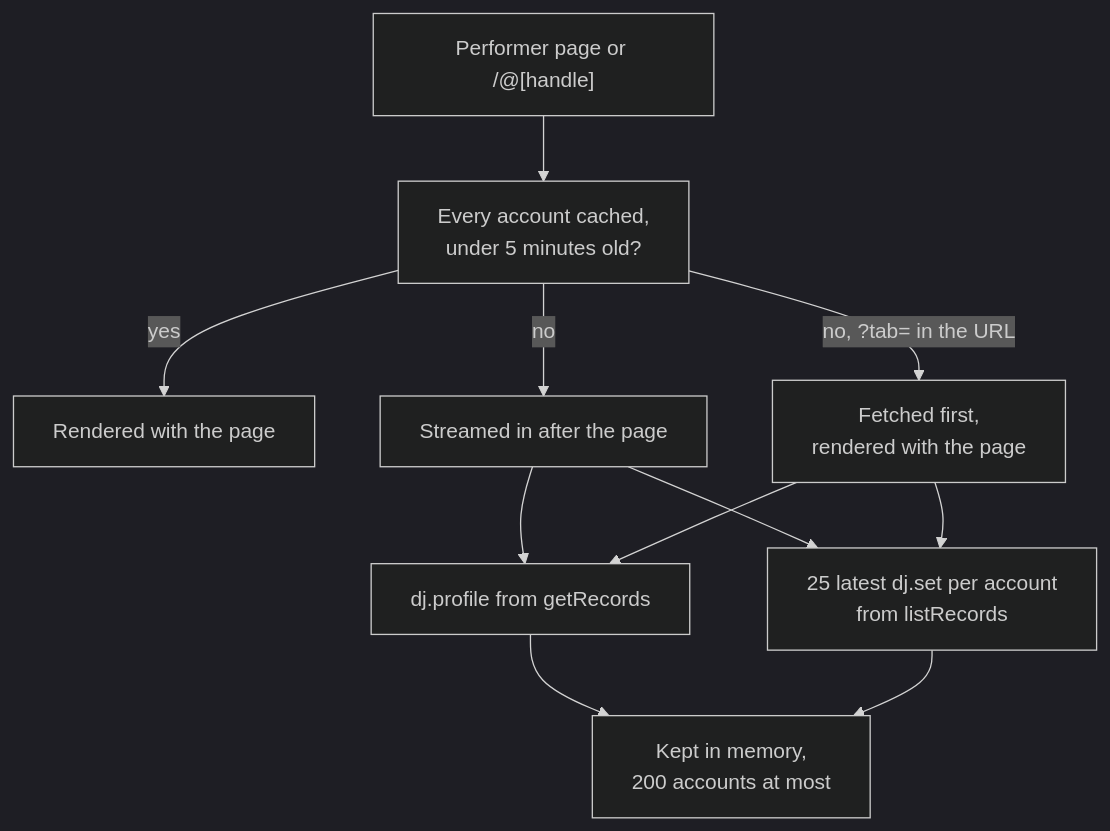
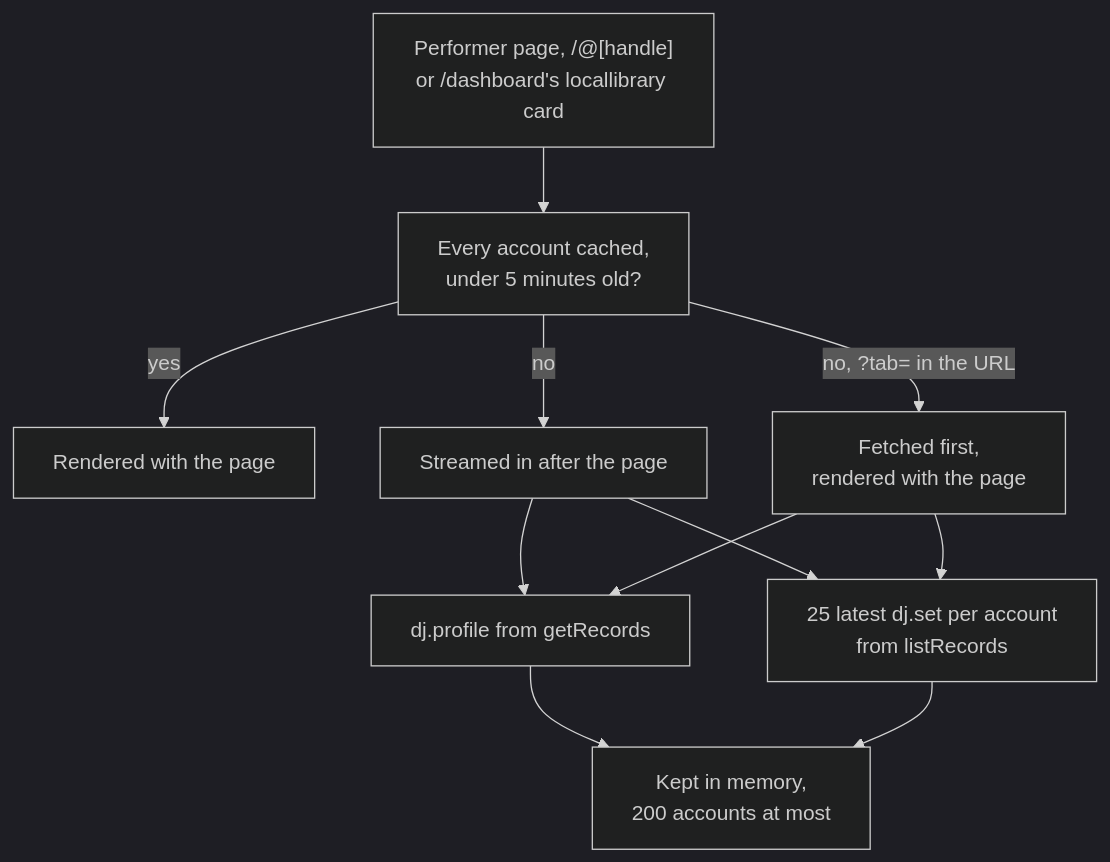
The third of 6 diagrams in apps/web/docs/diagrams/mixes-and-sets.md (cutenode/localnetwork), drawn with Mermaid (dark theme) before and after one commit. The commit also changed other lines of this file and 11 other files, not shown here.

First line of the commit message:
feat(web): add a locallibrary card to the dashboard home

````diff
--- a/apps/web/docs/diagrams/mixes-and-sets.md
+++ b/apps/web/docs/diagrams/mixes-and-sets.md
@@ -58,13 +58,13 @@
 ```mermaid
 flowchart TD
-  Page["Performer page or /@[handle]"] --> Fresh["Every account cached,<br/>under 5 minutes old?"]
+  Page["Performer page, /@[handle]<br/>or /dashboard's locallibrary card"] --> Fresh["Every account cached,<br/>under 5 minutes old?"]
   Fresh -- "yes" --> Now["Rendered with the page"]
   Fresh -- "no" --> Stream["Streamed in after the page"]
   Fresh -- "no, ?tab= in the URL" --> Waited["Fetched first,<br/>rendered with the page"]
   Stream --> Stats["dj.profile from getRecords"]
   Stream --> Sets["25 latest dj.set per account<br/>from listRecords"]
   Waited --> Stats
   Waited --> Sets
   Stats --> Cache["Kept in memory,<br/>200 accounts at most"]
   Sets --> Cache
 ```
````
